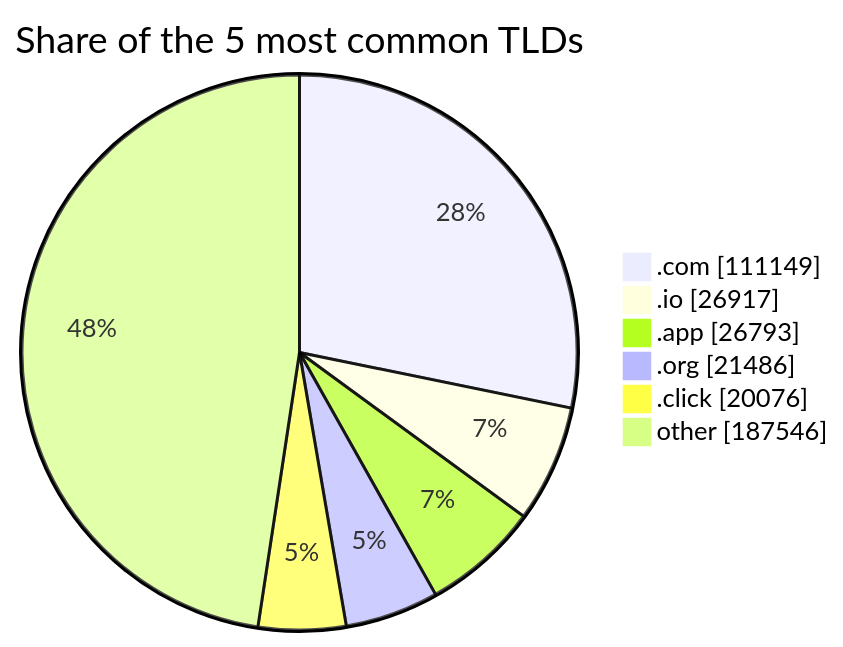
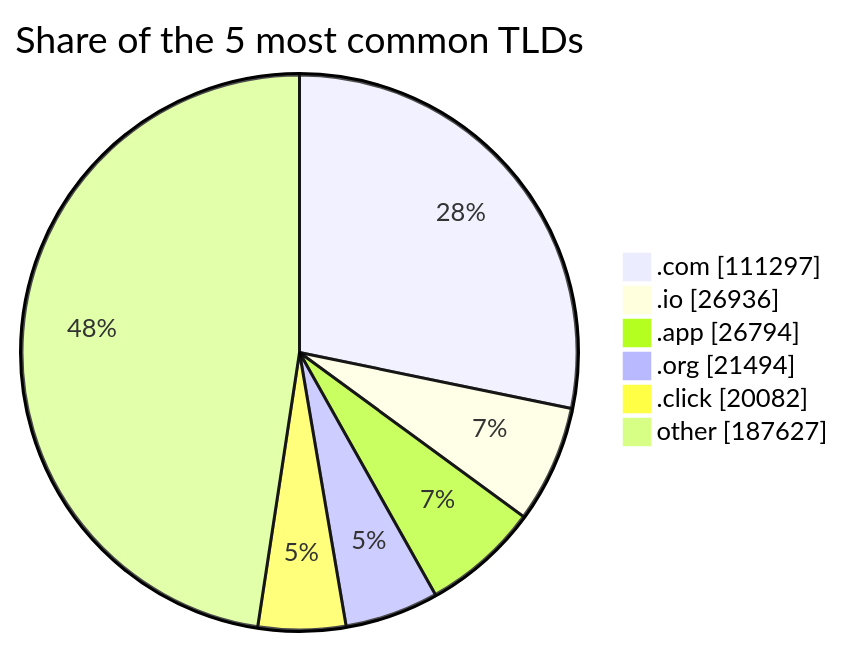
Before and after one commit to DNSBunker/CTI: the third of 3 diagrams in README.md, drawn with Mermaid. The commit also changed other lines of this file and 3 other files, not shown here.

````diff
--- a/README.md
+++ b/README.md
@@ -81,9 +81,9 @@
 ```mermaid
 pie showData title Share of the 5 most common TLDs
-    ".com" : 111149
-    ".io" : 26917
-    ".app" : 26793
-    ".org" : 21486
-    ".click" : 20076
-    "other" : 187546
+    ".com" : 111297
+    ".io" : 26936
+    ".app" : 26794
+    ".org" : 21494
+    ".click" : 20082
+    "other" : 187627
 ```
````
